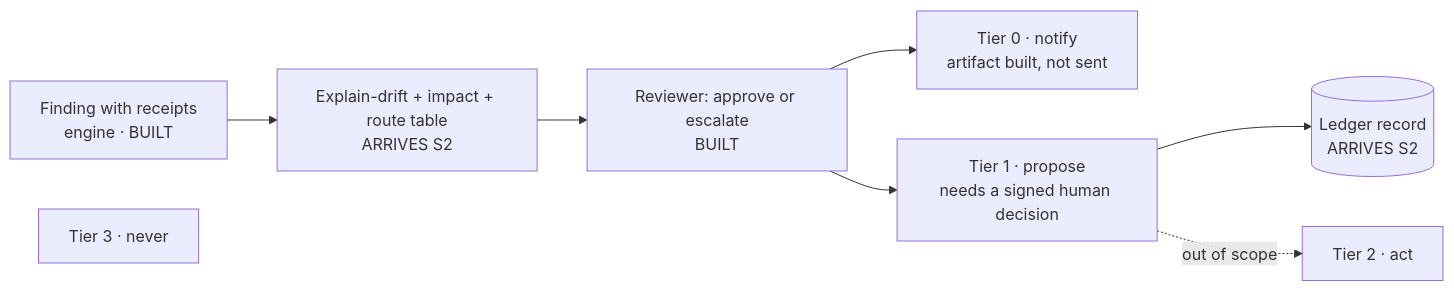
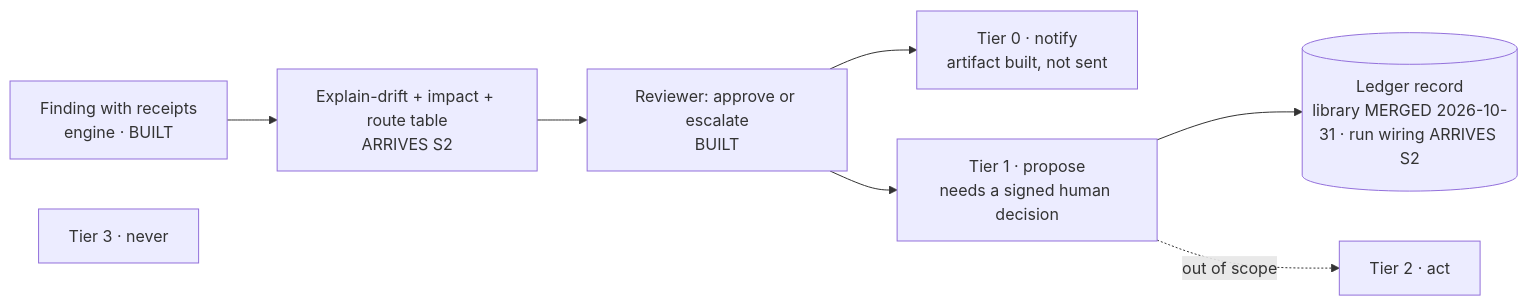
The diagram in docs/governance-model.md (sharanlabs/curbside-commons), drawn with Mermaid before and after one commit. The commit also changed other lines of this file and 10 other files, not shown here.

Commit message:
wip(exec-layer): CP1 docs corrections green — Wave 1 acceptance items 1-14, 18, 19, 25 + model-risk-register :38; coordinator amendment (one-pager F14, Reviewer F3a, impact/ledger merged 2026-10-31); freshness 2026-10-31 facts applied; executive brief + five-minute walk corrected; vitest 1823+8

````diff
--- a/docs/governance-model.md
+++ b/docs/governance-model.md
@@ -80,10 +81,10 @@
 ```mermaid
 flowchart LR
   F[Finding with receipts<br/>engine · BUILT] --> E[Explain-drift + impact + route table<br/>ARRIVES S2]
   E --> V[Reviewer: approve or escalate<br/>BUILT]
   V --> N[Tier 0 · notify<br/>artifact built, not sent]
   V --> P[Tier 1 · propose<br/>needs a signed human decision]
-  P --> L[(Ledger record<br/>ARRIVES S2)]
+  P --> L[(Ledger record<br/>library MERGED 2026-10-31 · run wiring ARRIVES S2)]
   P -. out of scope .-> T2[Tier 2 · act]
   T3[Tier 3 · never]
 ```
````
